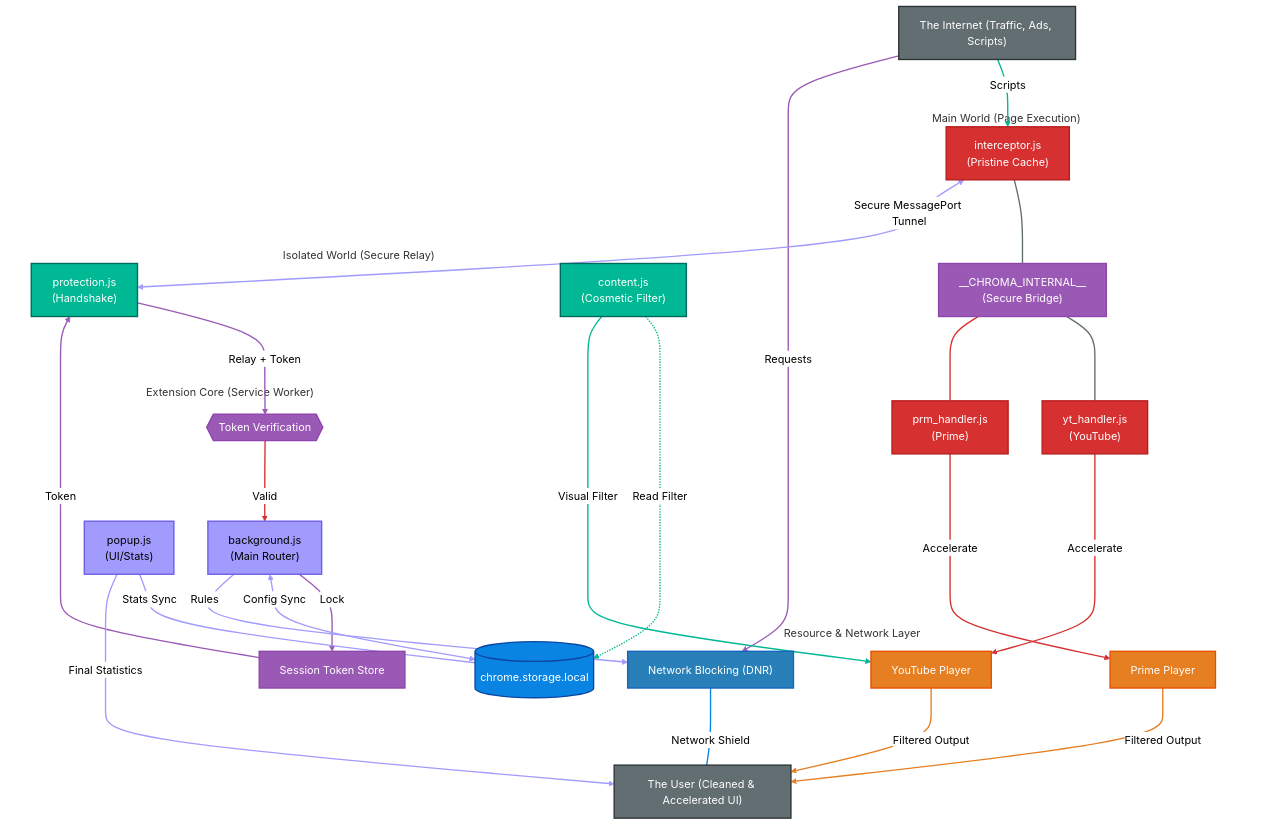
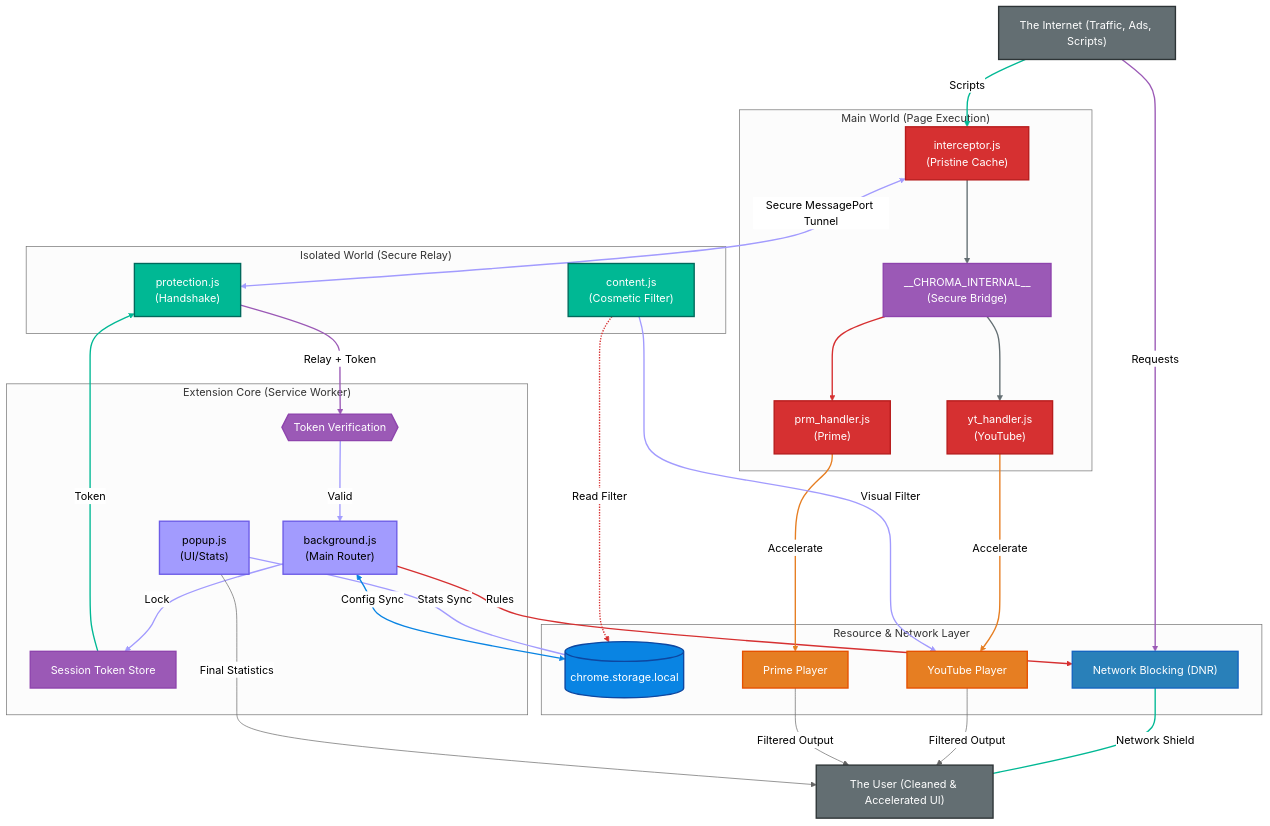
Before and after one commit to Dabrogost/Chroma-Ad-Blocker: the diagram in README.md, drawn with Mermaid (neutral theme). The commit also changed 1 other file, not shown here.

````diff
--- a/README.md
+++ b/README.md
@@ -42,9 +42,9 @@
         BRIDGE["__CHROMA_INTERNAL__<br/>(Secure Bridge)"]:::secure
         CS_YT["yt_handler.js<br/>(YouTube)"]:::main
         CS_PV["prm_handler.js<br/>(Prime)"]:::main
-        MW_INT --- BRIDGE
-        BRIDGE --- CS_YT
-        BRIDGE --- CS_PV
+        MW_INT --> BRIDGE
+        BRIDGE --> CS_YT
+        BRIDGE --> CS_PV
     end
 
     %% --- STACK 2: EXTENSION RELAY ---
@@ -63,8 +63,8 @@
 
     %% --- STACK 4: INFRASTRUCTURE ---
     subgraph System["Resource & Network Layer"]
+        STORAGE[("chrome.storage.local")]:::storage
         DNR["Network Blocking (DNR)"]:::dnr
-        STORAGE[("chrome.storage.local")]:::storage
         YT_DOM["YouTube Player"]:::dom
         PV_DOM["Prime Player"]:::dom
     end
@@ -74,52 +74,49 @@
 
     %% --- FLOW CONNECTIONS ---
     
-    %% Internet to Components (Grey)
+    %% Internet to Components (Grey) 0,1
     INTERNET -- "Scripts" --> MW_INT
     INTERNET -- "Requests" --> DNR
 
-    %% Secure Pipeline
+    %% Secure Pipeline 2,3,4,5,6
     MW_INT <==>|"Secure MessagePort Tunnel"| CS_PROT
     CS_PROT -- "Relay + Token" --> VERIFY
     VERIFY -- "Valid" --> BS
     BS -- "Lock" --> AUTH
     AUTH -- "Token" --> CS_PROT
 
-    %% ─── Storage Connections (Staggered for Visibility) ───
+    %% ─── Storage Connections (Staggered) 7,8,9
     POPUP ---|"Stats Sync"| STORAGE
     BS <-->|"Config Sync"| STORAGE
     CS_GEN -.->|"Read Filter"| STORAGE
 
-    %% Control & Action
+    %% Control & Action 10,11
     BS -- "Rules" --> DNR
     DNR ---|"Network Shield"| USER
+    
+    %% Handler Impact 12,13,14
     CS_YT ==>|"Accelerate"| YT_DOM
     CS_PV ==>|"Accelerate"| PV_DOM
     CS_GEN ==>|"Visual Filter"| YT_DOM
     
+    %% User experience 15,16,17
     YT_DOM -- "Filtered Output" --> USER
     PV_DOM -- "Filtered Output" --> USER
     POPUP -- "Final Statistics" --> USER
 
     %% --- LOGIC TRACING (LINK STYLES) ---
-    %% Internet: Grey (#636e72)
+    %% Internet: Grey
     linkStyle 0,1 stroke:#636e72,stroke-width:2px;
-    %% Main World: Red (#d63031)
-    linkStyle 2,7,15,16 stroke:#d63031,stroke-width:2px;
-    %% Isolated World: Green (#00b894)
-    linkStyle 3,12,17 stroke:#00b894,stroke-width:2px;
-    %% Secure Paths: Purple (#9b59b6)
-    linkStyle 4,6,8,9 stroke:#9b59b6,stroke-width:2px;
-    %% Core/SW Paths: Lavender (#a29bfe)
-    linkStyle 5,10,11,13,20 stroke:#a29bfe,stroke-width:2px;
-    %% Infrastructure Paths: Blue (#0984e3)
-    linkStyle 14 stroke:#0984e3,stroke-width:2px;
-    %% DOM Outputs: Orange (#e67e22)
-    linkStyle 18,19 stroke:#e67e22,stroke-width:2px;
-
-    %% --- HIDE SUBGRAPH BOXES ---
-    style MW fill:none,stroke:none
-    style IW fill:none,stroke:none
-    style SW fill:none,stroke:none
-    style System fill:none,stroke:none
+    %% Main World: Red
+    linkStyle 2,12,13 stroke:#d63031,stroke-width:2px;
+    %% Isolated World: Green
+    linkStyle 3,9,14 stroke:#00b894,stroke-width:2px;
+    %% Secure Paths: Purple
+    linkStyle 4,6 stroke:#9b59b6,stroke-width:2px;
+    %% Core/SW Paths: Lavender
+    linkStyle 5,7,8,10,17 stroke:#a29bfe,stroke-width:2px;
+    %% Infrastructure Paths: Blue
+    linkStyle 11 stroke:#0984e3,stroke-width:2px;
+    %% DOM Outputs: Orange
+    linkStyle 15,16 stroke:#e67e22,stroke-width:2px;
 ```
````
